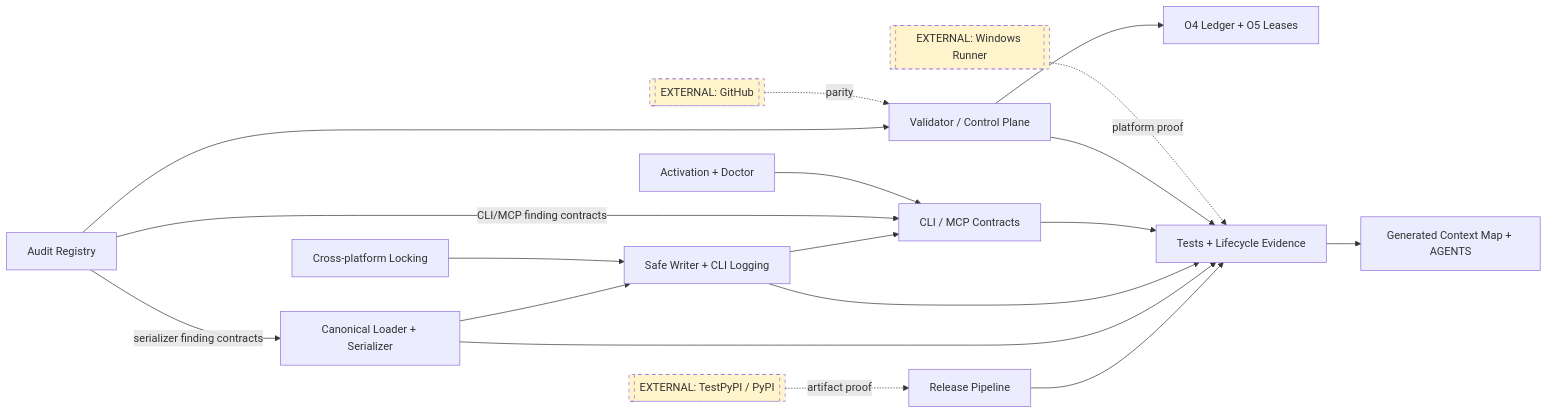
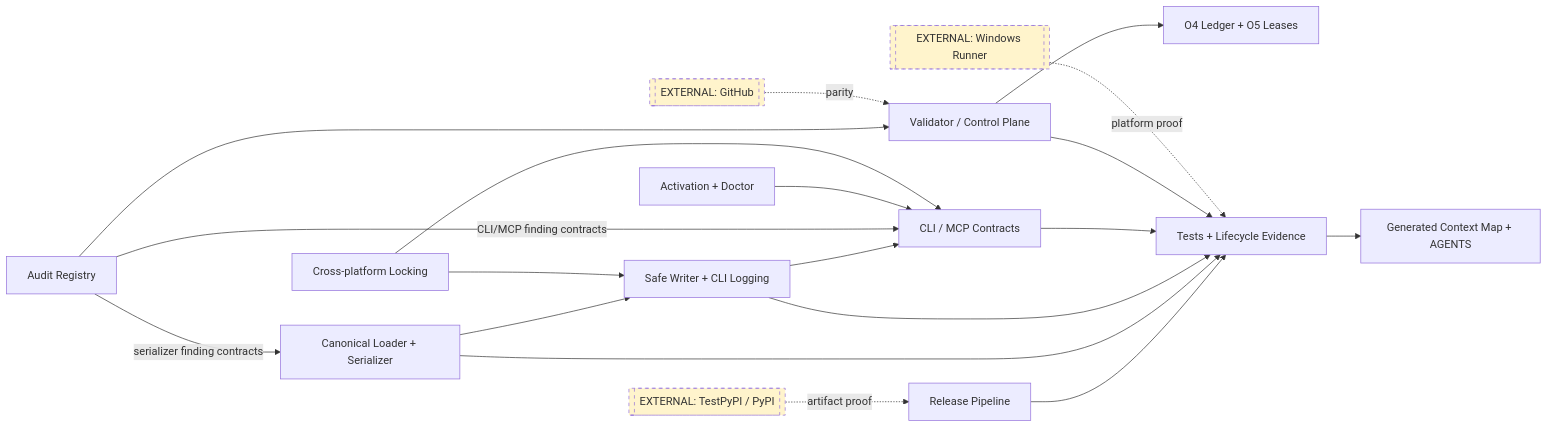
One commit to ohjonathan/Project-Ontos changed the first of 2 diagrams in docs/specs/project-ontos-audit-rebaseline-remediation-spec.md. Above: the diagram before and after it, drawn with Mermaid. The commit also changed other lines of this file and 66 other files, not shown here.

````diff
--- a/docs/specs/project-ontos-audit-rebaseline-remediation-spec.md
+++ b/docs/specs/project-ontos-audit-rebaseline-remediation-spec.md
@@ -217,22 +238,23 @@
 ```mermaid
 flowchart LR
   A["Audit Registry"] --> V["Validator / Control Plane"]
   V --> L["O4 Ledger + O5 Leases"]
   S["Canonical Loader + Serializer"] --> W["Safe Writer + CLI Logging"]
   W --> C["CLI / MCP Contracts"]
   A -->|"serializer finding contracts"| S
   A -->|"CLI/MCP finding contracts"| C
   X["Activation + Doctor"] --> C
   K["Cross-platform Locking"] --> W
+  K --> C
   P["Release Pipeline"] --> T["Tests + Lifecycle Evidence"]
   S --> T
   W --> T
   C --> T
   V --> T
   T --> M["Generated Context Map + AGENTS"]
   G[["EXTERNAL: GitHub"]] -. parity .-> V
   R[["EXTERNAL: Windows Runner"]] -. platform proof .-> T
   Y[["EXTERNAL: TestPyPI / PyPI"]] -. artifact proof .-> P
   classDef external stroke-dasharray: 5 5,fill:#fff4cc;
   class G,R,Y external;
 ```
````
